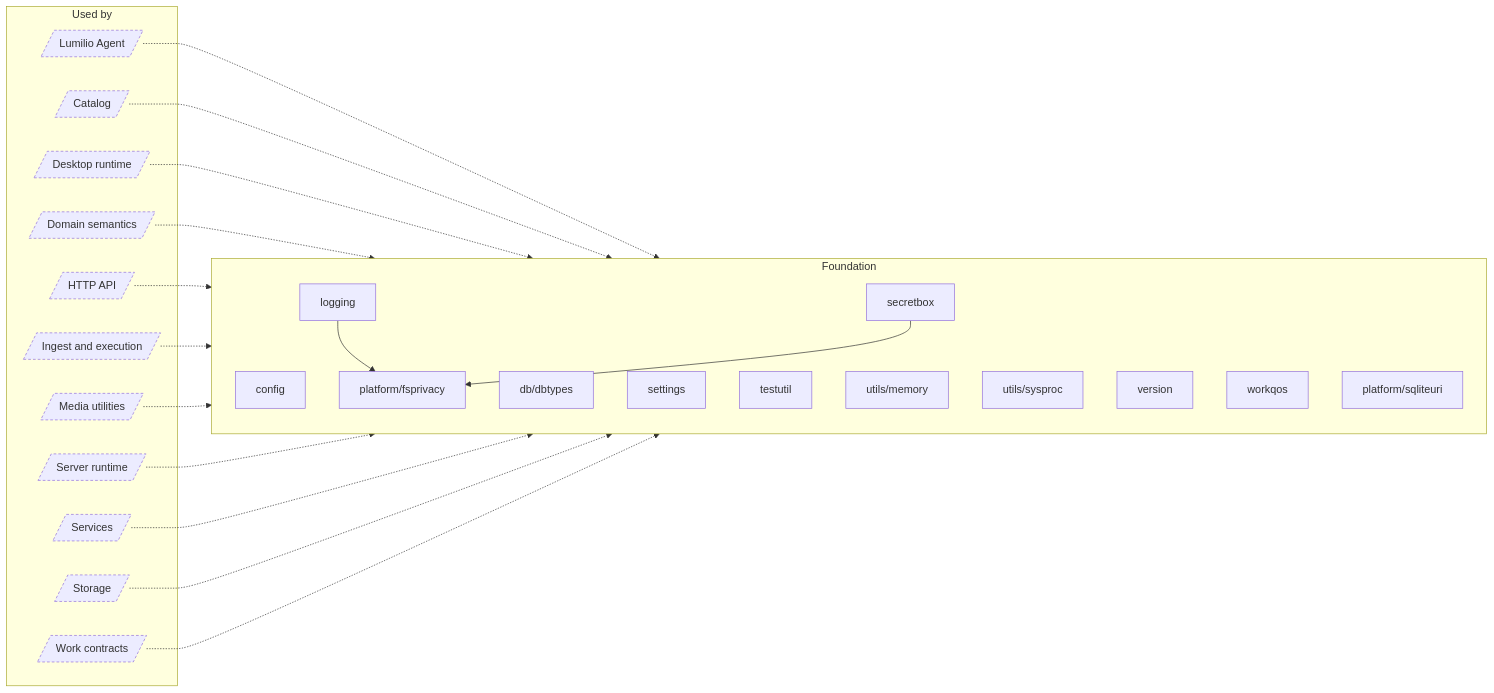
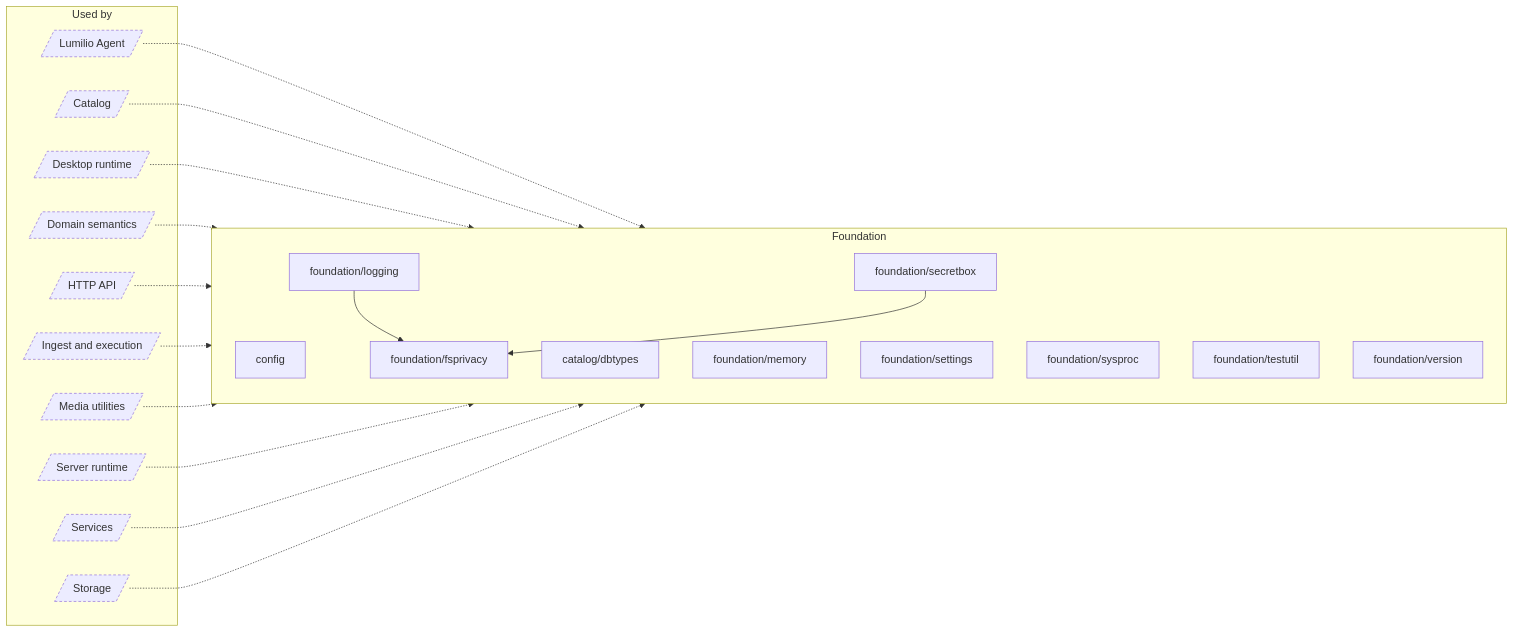
One commit to EdwinZhanCN/Lumilio-Photos changed the diagram in docs/atlas/generated/architecture/group-foundation.md. Above: the diagram before and after it, drawn with Mermaid. The commit also changed other lines of this file and 936 other files, not shown here.

First line of the commit message:
refactor(server): infrastructure moves into layer directories; server/platform gone (B1)

````diff
--- a/docs/atlas/generated/architecture/group-foundation.md
+++ b/docs/atlas/generated/architecture/group-foundation.md
@@ -9,45 +9,41 @@
 ```mermaid
 flowchart LR
     subgraph n_g_Used_by["Used by"]
         n_in_agent[/"Lumilio Agent"/]
         n_in_catalog[/"Catalog"/]
         n_in_desktop_runtime[/"Desktop runtime"/]
         n_in_domain[/"Domain semantics"/]
         n_in_http[/"HTTP API"/]
         n_in_ingest[/"Ingest and execution"/]
         n_in_media[/"Media utilities"/]
         n_in_runtime[/"Server runtime"/]
         n_in_service[/"Services"/]
         n_in_storage[/"Storage"/]
-        n_in_work[/"Work contracts"/]
     end
     subgraph n_g_Foundation["Foundation"]
         n_server_config["config"]
-        n_server_internal_db_dbtypes["db/dbtypes"]
-        n_server_internal_logging["logging"]
-        n_server_internal_secretbox["secretbox"]
-        n_server_internal_settings["settings"]
-        n_server_internal_testutil["testutil"]
-        n_server_internal_utils_memory["utils/memory"]
-        n_server_internal_utils_sysproc["utils/sysproc"]
-        n_server_internal_version["version"]
-        n_server_internal_workqos["workqos"]
-        n_server_platform_fsprivacy["platform/fsprivacy"]
-        n_server_platform_sqliteuri["platform/sqliteuri"]
+        n_server_internal_catalog_dbtypes["catalog/dbtypes"]
+        n_server_internal_foundation_fsprivacy["foundation/fsprivacy"]
+        n_server_internal_foundation_logging["foundation/logging"]
+        n_server_internal_foundation_memory["foundation/memory"]
+        n_server_internal_foundation_secretbox["foundation/secretbox"]
+        n_server_internal_foundation_settings["foundation/settings"]
+        n_server_internal_foundation_sysproc["foundation/sysproc"]
+        n_server_internal_foundation_testutil["foundation/testutil"]
+        n_server_internal_foundation_version["foundation/version"]
     end
     n_in_agent -.-> n_g_Foundation
     n_in_catalog -.-> n_g_Foundation
     n_in_desktop_runtime -.-> n_g_Foundation
     n_in_domain -.-> n_g_Foundation
     n_in_http -.-> n_g_Foundation
     n_in_ingest -.-> n_g_Foundation
     n_in_media -.-> n_g_Foundation
     n_in_runtime -.-> n_g_Foundation
     n_in_service -.-> n_g_Foundation
     n_in_storage -.-> n_g_Foundation
-    n_in_work -.-> n_g_Foundation
-    n_server_internal_logging --> n_server_platform_fsprivacy
-    n_server_internal_secretbox --> n_server_platform_fsprivacy
+    n_server_internal_foundation_logging --> n_server_internal_foundation_fsprivacy
+    n_server_internal_foundation_secretbox --> n_server_internal_foundation_fsprivacy
     classDef external stroke-dasharray:4 3
-    class n_in_agent,n_in_catalog,n_in_desktop_runtime,n_in_domain,n_in_http,n_in_ingest,n_in_media,n_in_runtime,n_in_service,n_in_storage,n_in_work external
+    class n_in_agent,n_in_catalog,n_in_desktop_runtime,n_in_domain,n_in_http,n_in_ingest,n_in_media,n_in_runtime,n_in_service,n_in_storage external
 ```
````
